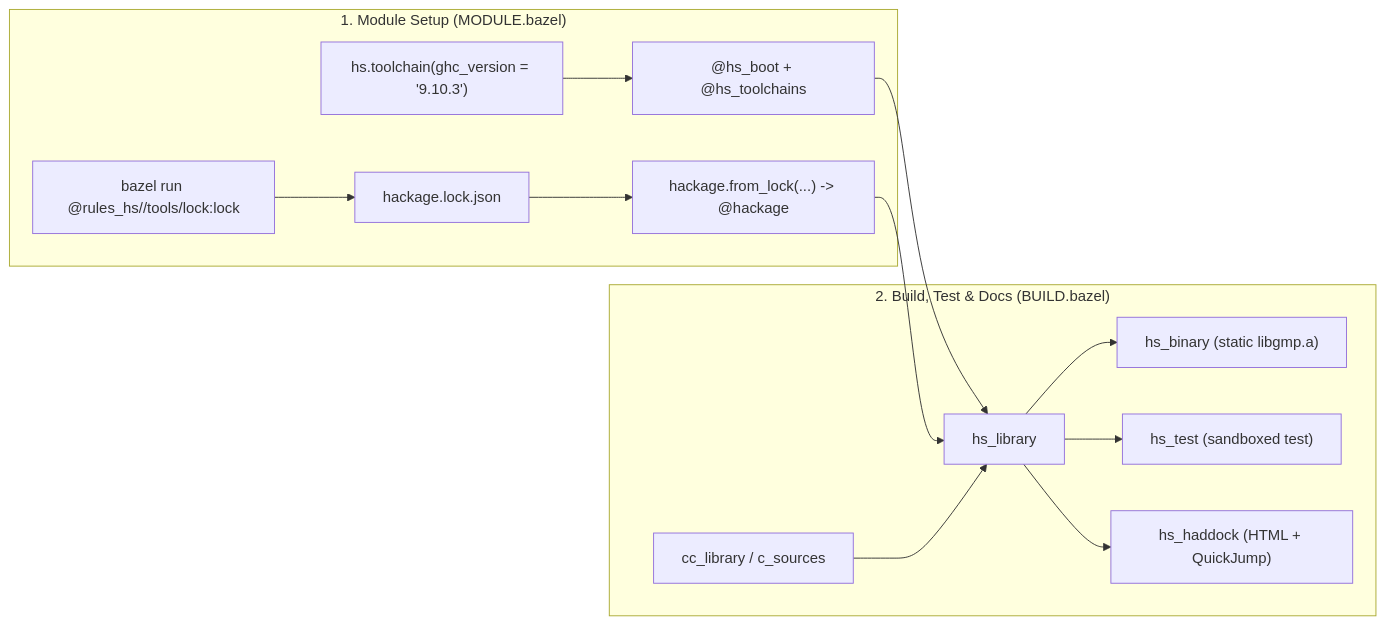
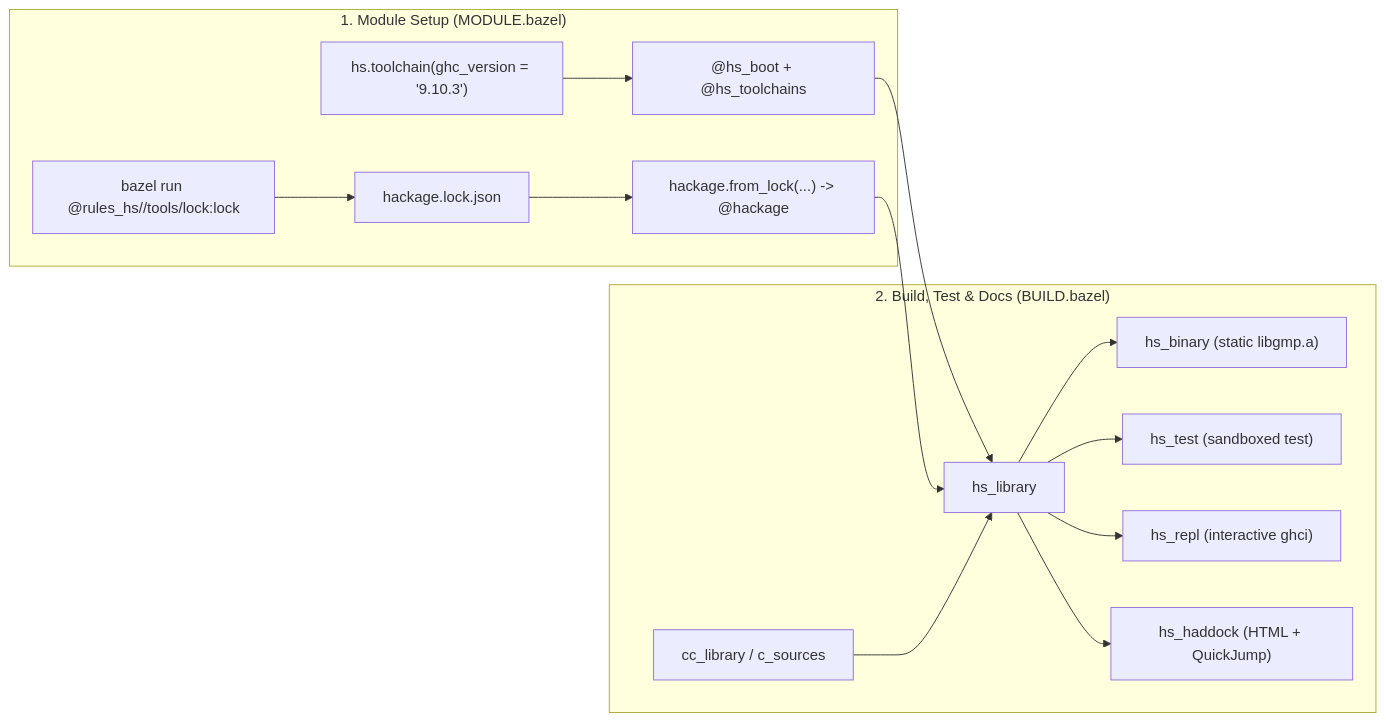
The diagram in docs/content/index.md (kaycebasques/hs), drawn with Mermaid before and after one commit. The commit also changed other lines of this file and 48 other files, not shown here.

First line of the commit message:
feat: implement interactive GHCi REPL, runghc, and C11 terminfo support

````diff
--- a/docs/content/index.md
+++ b/docs/content/index.md
@@ -72,17 +72,18 @@
 ```mermaid
 flowchart LR
     subgraph Setup["1. Module Setup (MODULE.bazel)"]
         TC["hs.toolchain(ghc_version = '9.10.3')"] --> BOOT["@hs_boot + @hs_toolchains"]
         LOCKCLI["bazel run @rules_hs//tools/lock:lock"] --> LOCKJSON["hackage.lock.json"]
         LOCKJSON --> HACK["hackage.from_lock(...) -> @hackage"]
     end
 
     subgraph Build["2. Build, Test & Docs (BUILD.bazel)"]
         BOOT --> LIB["hs_library"]
         HACK --> LIB
         CC["cc_library / c_sources"] --> LIB
         LIB --> BIN["hs_binary (static libgmp.a)"]
         LIB --> TEST["hs_test (sandboxed test)"]
+        LIB --> REPL["hs_repl (interactive ghci)"]
         LIB --> DOC["hs_haddock (HTML + QuickJump)"]
     end
 ```
````
